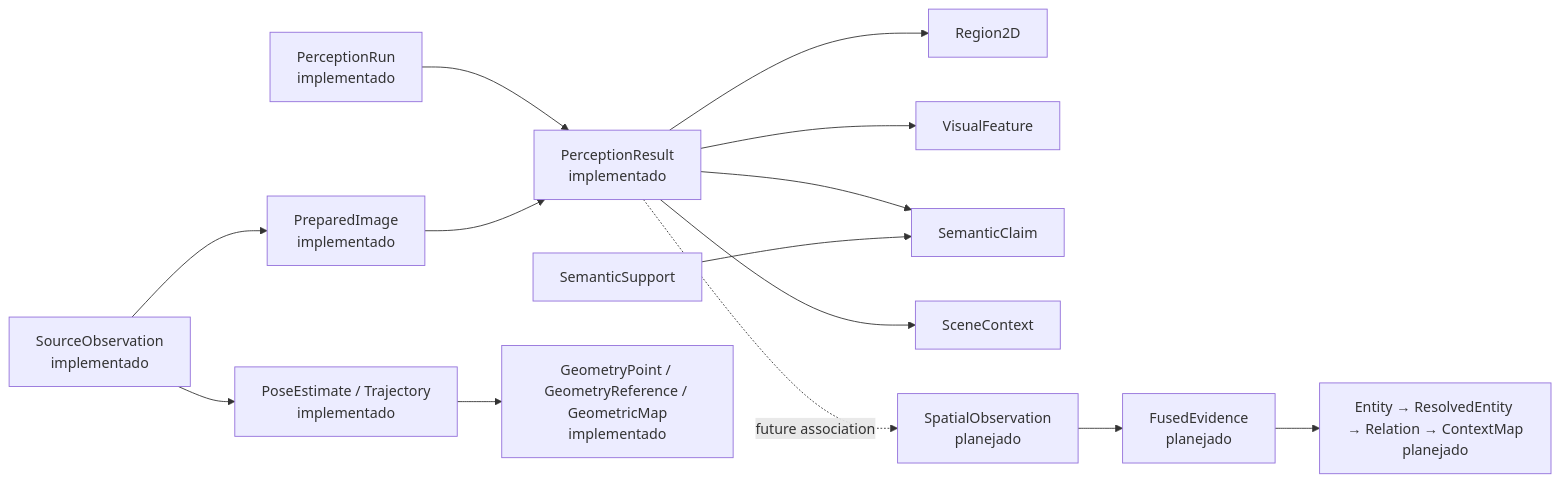
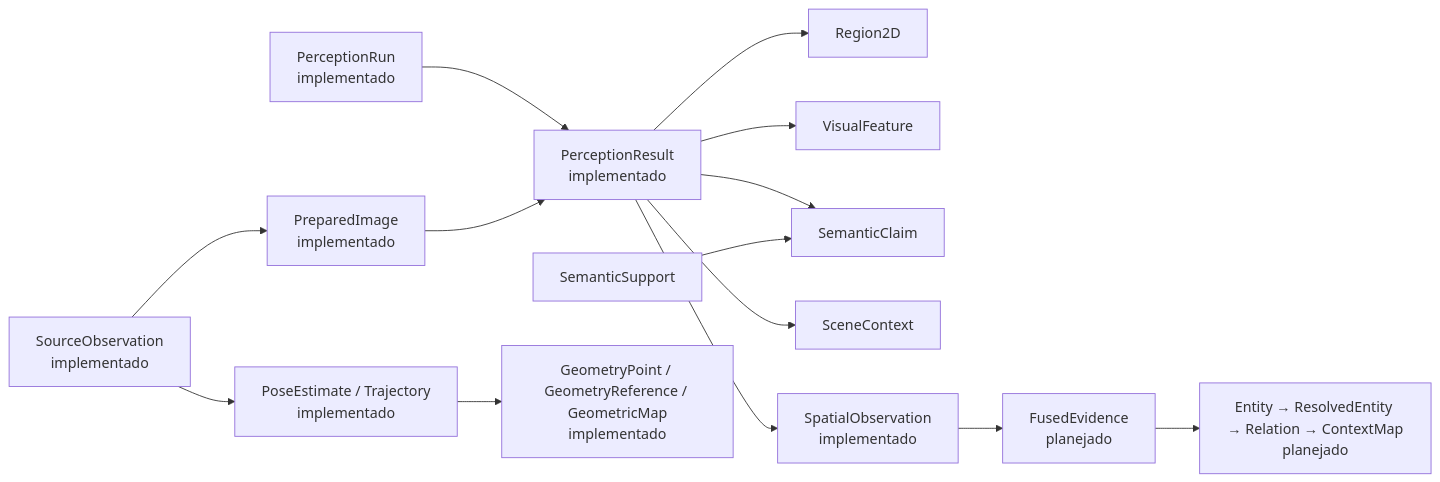
The first of 4 diagrams in docs/CONTRACTS.md (Alexandre-Tortoza/contextmap2), drawn with Mermaid before and after one commit. The commit also changed other lines of this file and 6 other files, not shown here.

````diff
--- a/docs/CONTRACTS.md
+++ b/docs/CONTRACTS.md
@@ -22,16 +22,16 @@
 ```mermaid
 flowchart LR
     SO["SourceObservation<br/>implementado"] --> PI["PreparedImage<br/>implementado"]
     RUN["PerceptionRun<br/>implementado"] --> PR["PerceptionResult<br/>implementado"]
     PI --> PR
     PR --> R["Region2D"]
     PR --> VF["VisualFeature"]
     PR --> SC["SemanticClaim"]
     PR --> CTX["SceneContext"]
     SS["SemanticSupport"] --> SC
     SO --> PE["PoseEstimate / Trajectory<br/>implementado"]
     PE --> GR["GeometryPoint / GeometryReference / GeometricMap<br/>implementado"]
-    PR -. future association .-> SP["SpatialObservation<br/>planejado"]
+    PR --> SP["SpatialObservation<br/>implementado"]
     SP --> FE["FusedEvidence<br/>planejado"]
     FE --> E["Entity → ResolvedEntity → Relation → ContextMap<br/>planejado"]
 ```
````
